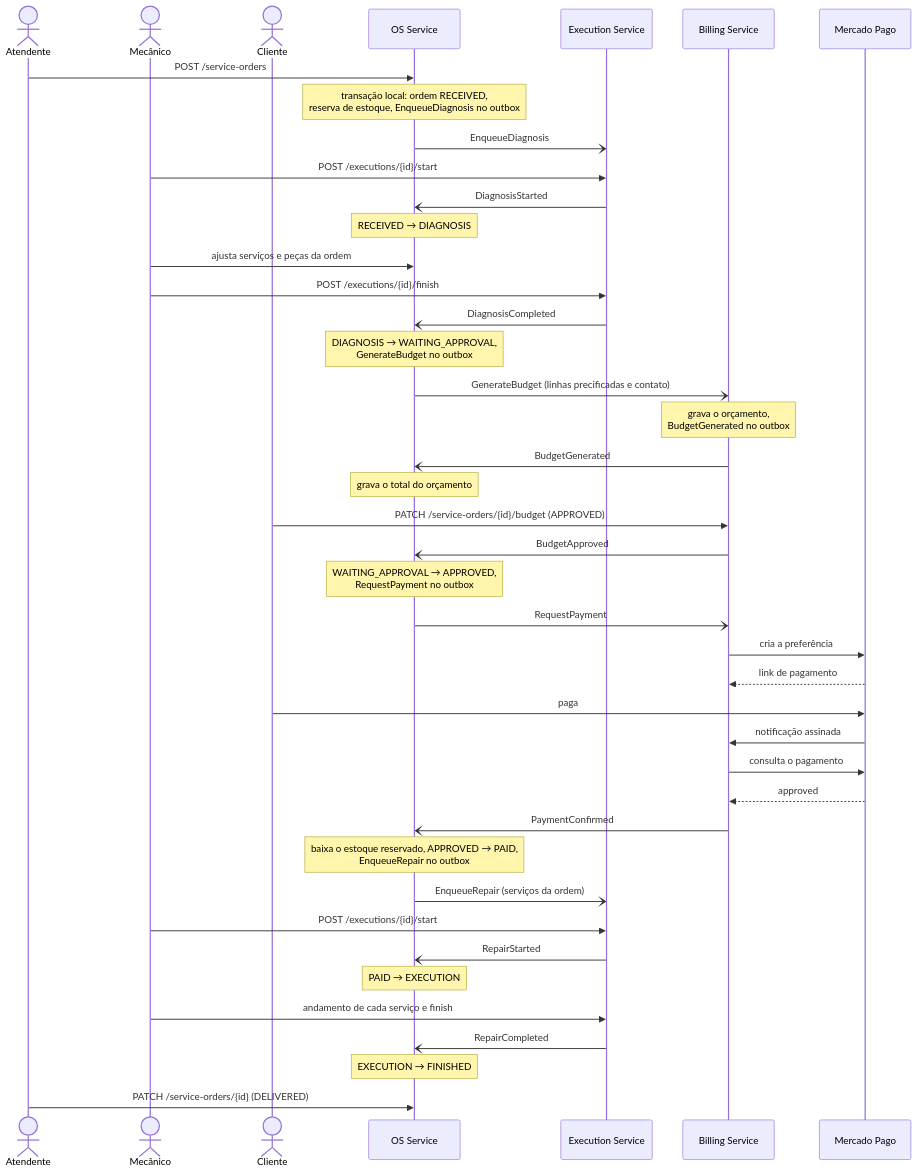
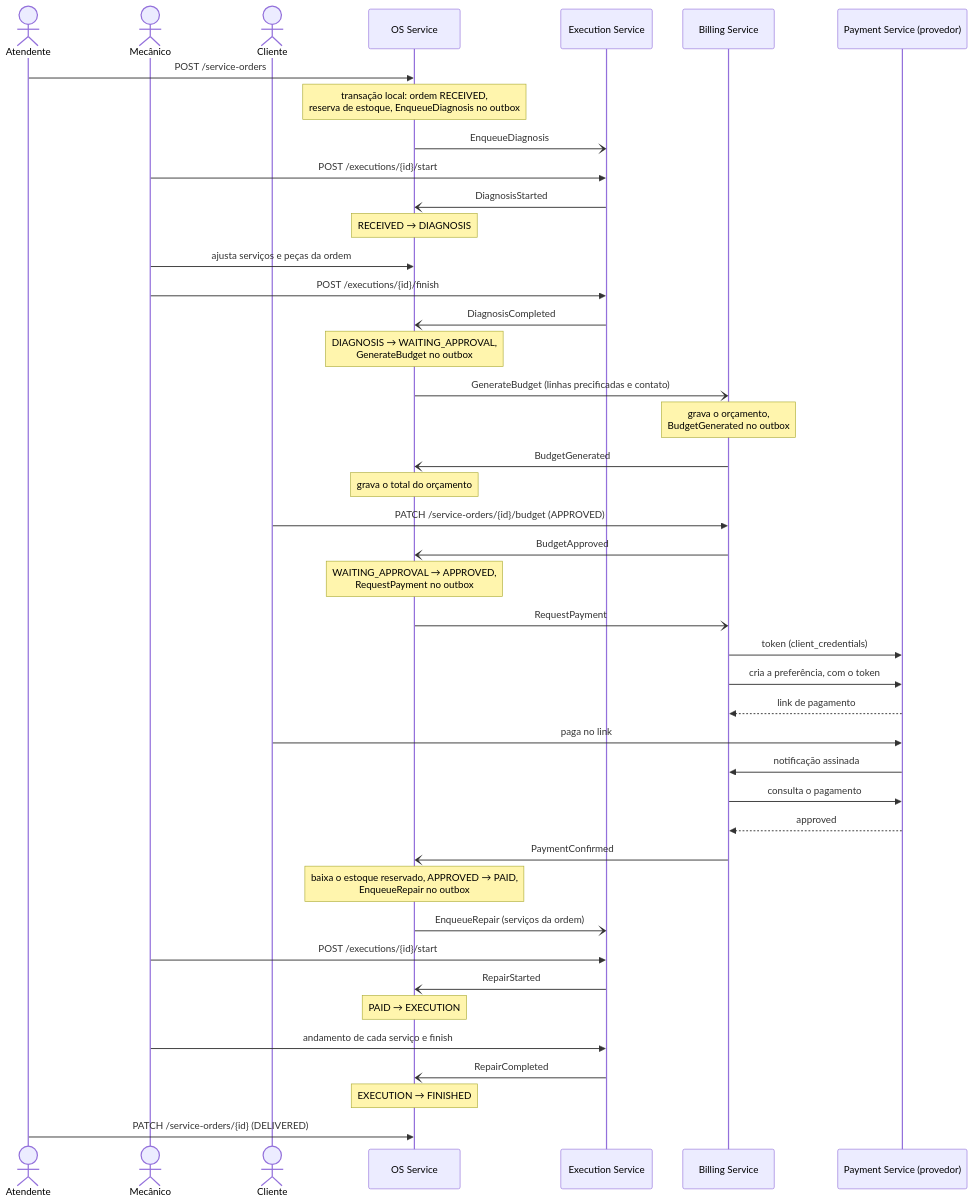
The first of 4 diagrams in docs/architecture/sequence-service-order-saga.md (diandria/fiap-tech-challenge), drawn with Mermaid before and after one commit. The commit also changed other lines of this file and 2 other files, not shown here.

Commit message:
docs: show the payment service in the architecture

````diff
--- a/docs/architecture/sequence-service-order-saga.md
+++ b/docs/architecture/sequence-service-order-saga.md
@@ -13,50 +13,51 @@
 ```mermaid
 sequenceDiagram
     actor A as Atendente
     actor M as Mecânico
     actor C as Cliente
     participant OS as OS Service
     participant EX as Execution Service
     participant BI as Billing Service
-    participant MP as Mercado Pago
+    participant MP as Payment Service (provedor)
 
     A->>OS: POST /service-orders
     Note over OS: transação local: ordem RECEIVED,<br/>reserva de estoque, EnqueueDiagnosis no outbox
     OS-)EX: EnqueueDiagnosis
 
     M->>EX: POST /executions/{id}/start
     EX-)OS: DiagnosisStarted
     Note over OS: RECEIVED → DIAGNOSIS
     M->>OS: ajusta serviços e peças da ordem
     M->>EX: POST /executions/{id}/finish
     EX-)OS: DiagnosisCompleted
     Note over OS: DIAGNOSIS → WAITING_APPROVAL,<br/>GenerateBudget no outbox
 
     OS-)BI: GenerateBudget (linhas precificadas e contato)
     Note over BI: grava o orçamento,<br/>BudgetGenerated no outbox
     BI-)OS: BudgetGenerated
     Note over OS: grava o total do orçamento
 
     C->>BI: PATCH /service-orders/{id}/budget (APPROVED)
     BI-)OS: BudgetApproved
     Note over OS: WAITING_APPROVAL → APPROVED,<br/>RequestPayment no outbox
     OS-)BI: RequestPayment
-    BI->>MP: cria a preferência
+    BI->>MP: token (client_credentials)
+    BI->>MP: cria a preferência, com o token
     MP-->>BI: link de pagamento
-    C->>MP: paga
+    C->>MP: paga no link
     MP->>BI: notificação assinada
     BI->>MP: consulta o pagamento
     MP-->>BI: approved
     BI-)OS: PaymentConfirmed
     Note over OS: baixa o estoque reservado, APPROVED → PAID,<br/>EnqueueRepair no outbox
 
     OS-)EX: EnqueueRepair (serviços da ordem)
     M->>EX: POST /executions/{id}/start
     EX-)OS: RepairStarted
     Note over OS: PAID → EXECUTION
     M->>EX: andamento de cada serviço e finish
     EX-)OS: RepairCompleted
     Note over OS: EXECUTION → FINISHED
 
     A->>OS: PATCH /service-orders/{id} (DELIVERED)
 ```
````
